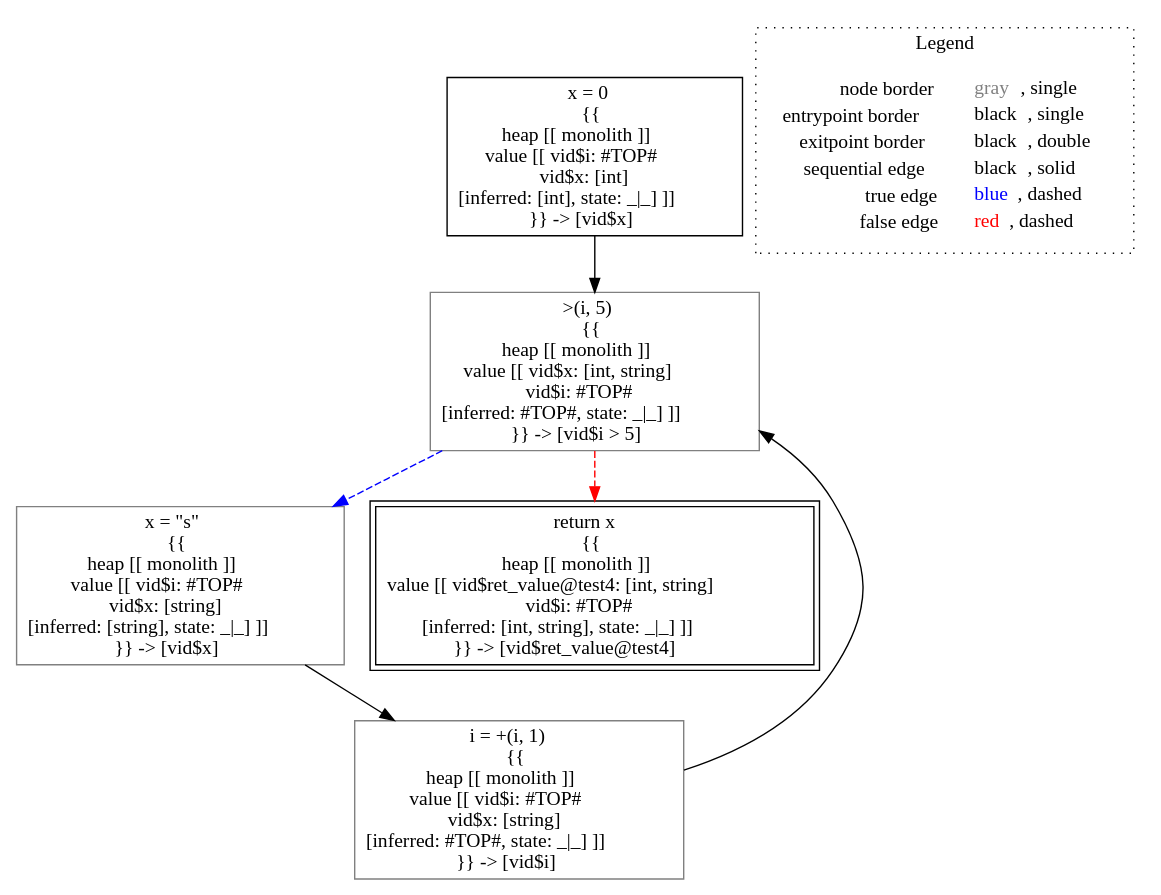
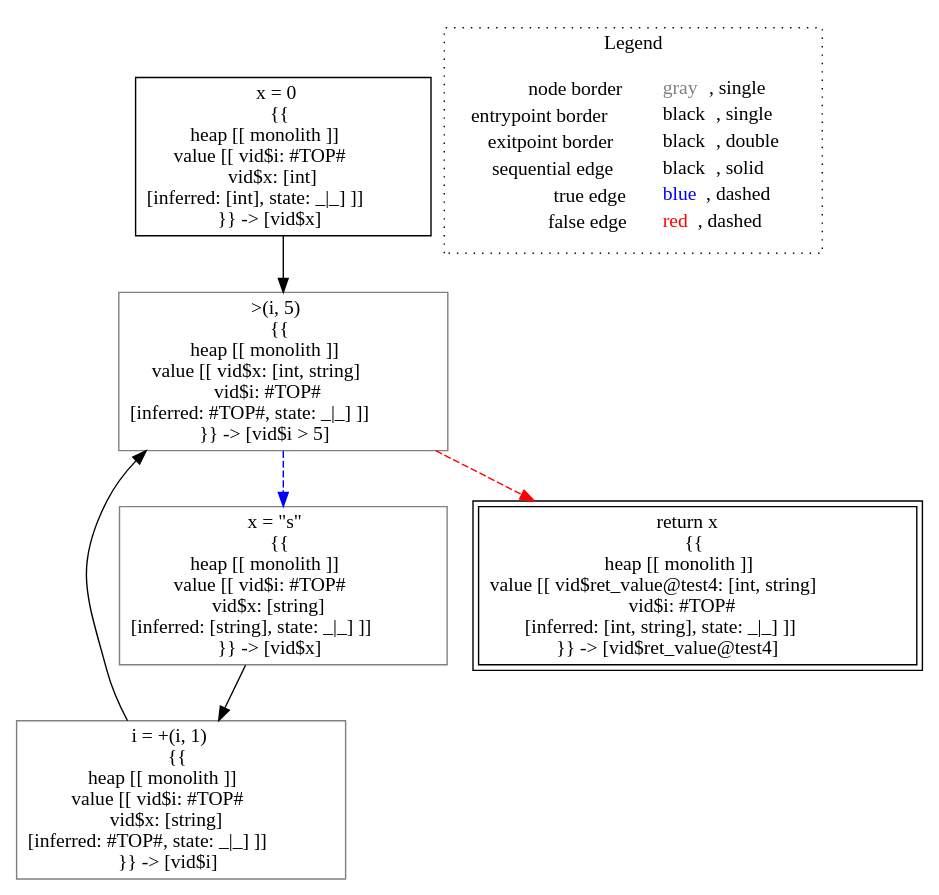
The diagram in lisa/imp-testcases/type-inference/typing___untyped_typing.test4(untyped_i).dot (lisa-analyzer/lisa), drawn with Graphviz before and after one commit. The commit also changed 40 other files, not shown here.

```diff
--- a/lisa/imp-testcases/type-inference/typing___untyped_typing.test4(untyped_i).dot
+++ b/lisa/imp-testcases/type-inference/typing___untyped_typing.test4(untyped_i).dot
@@ -1,19 +1,19 @@
 digraph {
 	"node0" [shape="rect",color="black",label=<x = 0<BR/>{{<BR/>heap [[ monolith ]]<BR/>value [[ vid$i: #TOP#<BR/>vid$x: [int]<BR/>[inferred: [int], state: _|_] ]]<BR/>}} -&gt; [vid$x]>];
-	"node1" [shape="rect",color="gray",label=<&gt;(i, 5)<BR/>{{<BR/>heap [[ monolith ]]<BR/>value [[ vid$x: [int, string]<BR/>vid$i: #TOP#<BR/>[inferred: #TOP#, state: _|_] ]]<BR/>}} -&gt; [vid$i &gt; 5]>];
-	"node2" [shape="rect",color="gray",label=<x = &quot;s&quot;<BR/>{{<BR/>heap [[ monolith ]]<BR/>value [[ vid$i: #TOP#<BR/>vid$x: [string]<BR/>[inferred: [string], state: _|_] ]]<BR/>}} -&gt; [vid$x]>];
-	"node3" [shape="rect",color="black",peripheries="2",label=<return x<BR/>{{<BR/>heap [[ monolith ]]<BR/>value [[ vid$ret_value@test4: [int, string]<BR/>vid$i: #TOP#<BR/>[inferred: [int, string], state: _|_] ]]<BR/>}} -&gt; [vid$ret_value@test4]>];
-	"node4" [shape="rect",color="gray",label=<i = +(i, 1)<BR/>{{<BR/>heap [[ monolith ]]<BR/>value [[ vid$i: #TOP#<BR/>vid$x: [string]<BR/>[inferred: #TOP#, state: _|_] ]]<BR/>}} -&gt; [vid$i]>];
-	"node1" -> "node2" [color="blue",style="dashed"];
-	"node1" -> "node3" [color="red",style="dashed"];
-	"node2" -> "node4" [color="black"];
-	"node0" -> "node1" [color="black"];
-	"node4" -> "node1" [color="black"];
+	"node1" [shape="rect",color="gray",label=<x = &quot;s&quot;<BR/>{{<BR/>heap [[ monolith ]]<BR/>value [[ vid$i: #TOP#<BR/>vid$x: [string]<BR/>[inferred: [string], state: _|_] ]]<BR/>}} -&gt; [vid$x]>];
+	"node2" [shape="rect",color="gray",label=<i = +(i, 1)<BR/>{{<BR/>heap [[ monolith ]]<BR/>value [[ vid$i: #TOP#<BR/>vid$x: [string]<BR/>[inferred: #TOP#, state: _|_] ]]<BR/>}} -&gt; [vid$i]>];
+	"node3" [shape="rect",color="gray",label=<&gt;(i, 5)<BR/>{{<BR/>heap [[ monolith ]]<BR/>value [[ vid$x: [int, string]<BR/>vid$i: #TOP#<BR/>[inferred: #TOP#, state: _|_] ]]<BR/>}} -&gt; [vid$i &gt; 5]>];
+	"node4" [shape="rect",color="black",peripheries="2",label=<return x<BR/>{{<BR/>heap [[ monolith ]]<BR/>value [[ vid$ret_value@test4: [int, string]<BR/>vid$i: #TOP#<BR/>[inferred: [int, string], state: _|_] ]]<BR/>}} -&gt; [vid$ret_value@test4]>];
+	"node1" -> "node2" [color="black"];
+	"node0" -> "node3" [color="black"];
+	"node2" -> "node3" [color="black"];
+	"node3" -> "node1" [color="blue",style="dashed"];
+	"node3" -> "node4" [color="red",style="dashed"];
 subgraph cluster_legend {
 	label="Legend";
 	style=dotted;
 	node [shape=plaintext];
 	"legend" [label=<<table border="0" cellpadding="2" cellspacing="0" cellborder="0"><tr><td align="right">node border&nbsp;</td><td align="left"><font color="gray">gray</font>, single</td></tr><tr><td align="right">entrypoint border&nbsp;</td><td align="left"><font color="black">black</font>, single</td></tr><tr><td align="right">exitpoint border&nbsp;</td><td align="left"><font color="black">black</font>, double</td></tr><tr><td align="right">sequential edge&nbsp;</td><td align="left"><font color="black">black</font>, solid</td></tr><tr><td align="right">true edge&nbsp;</td><td align="left"><font color="blue">blue</font>, dashed</td></tr><tr><td align="right">false edge&nbsp;</td><td align="left"><font color="red">red</font>, dashed</td></tr></table>>];
 }
 
 }
```
